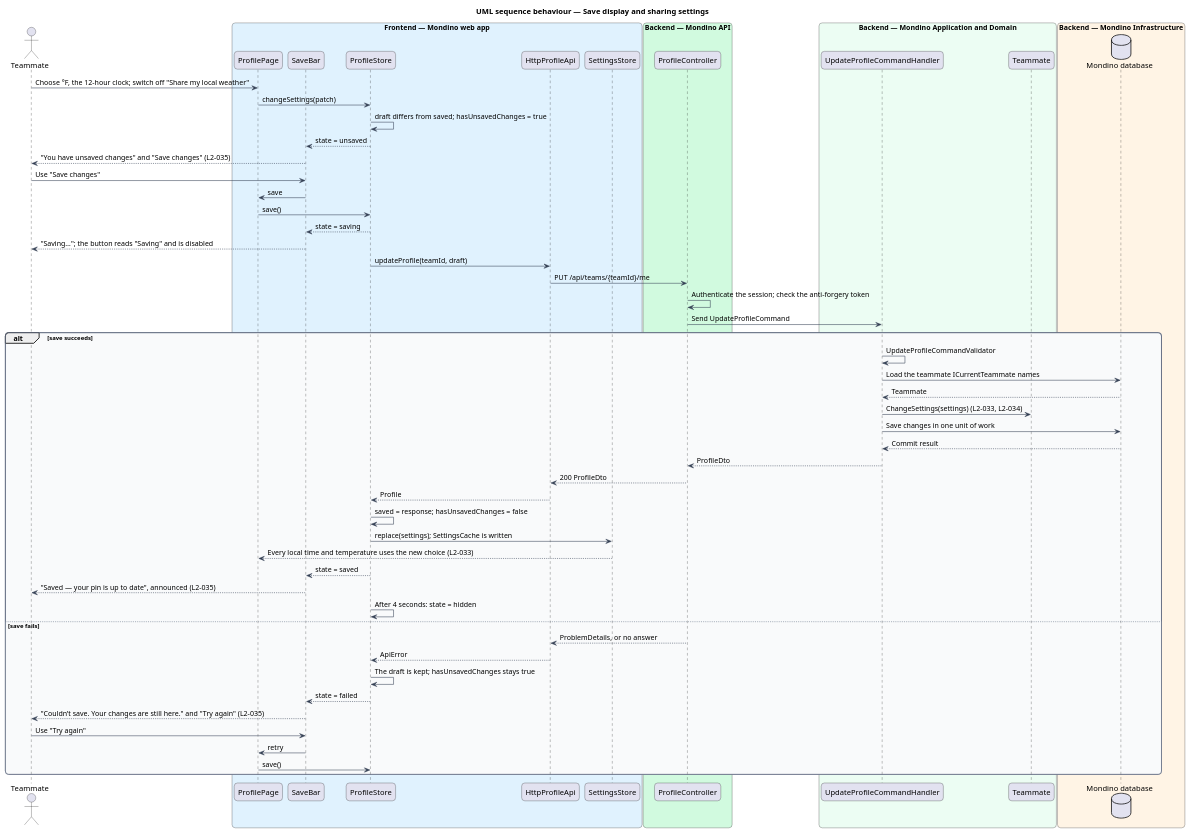
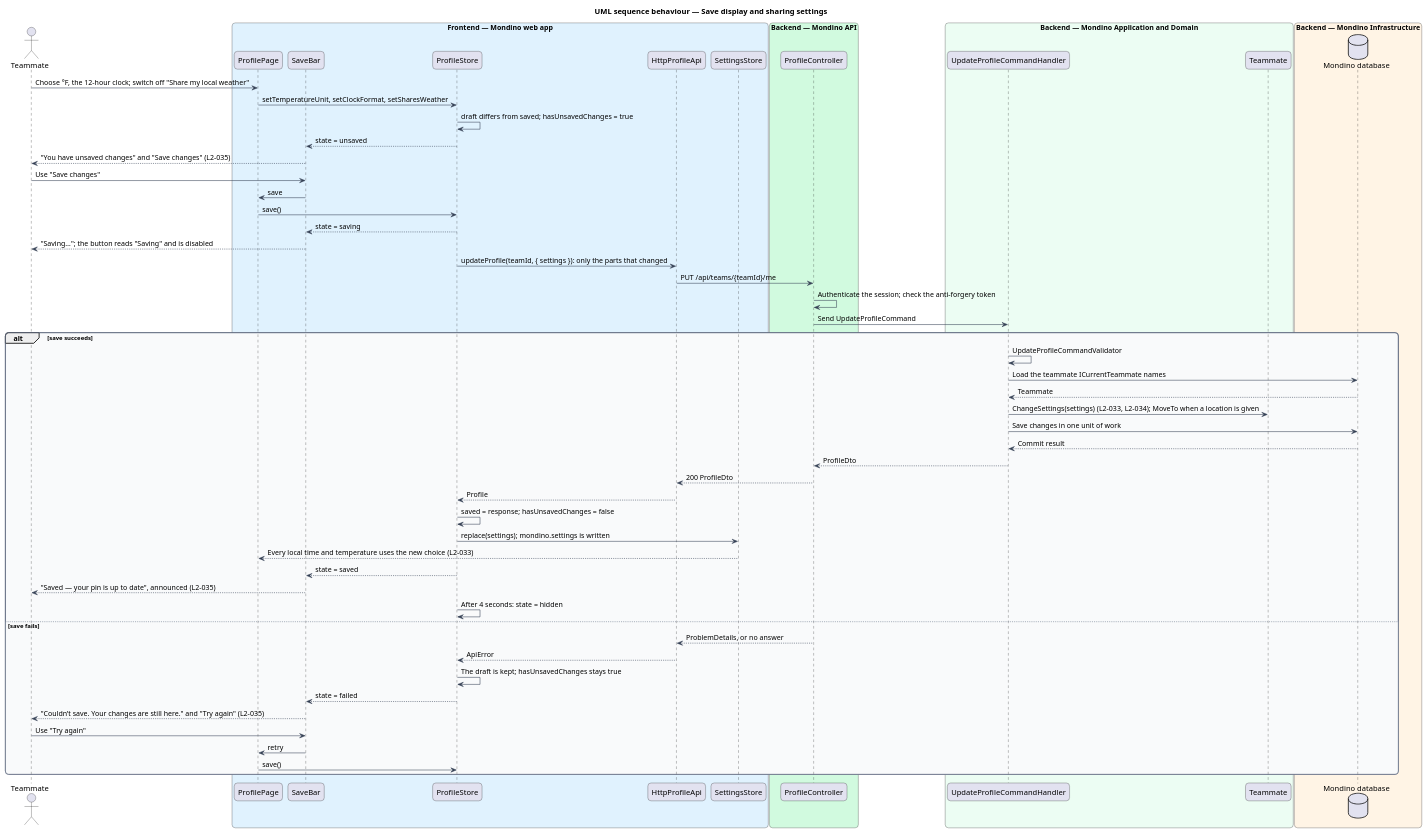
One commit to QuinntyneBrown/Mondino changed the diagram in docs/detailed-designs/profile/choose-display-and-sharing/diagrams/sequence-save-settings.puml. Above: the diagram before and after it, drawn with PlantUML. The commit also changed 13 other files, not shown here.

```diff
--- a/docs/detailed-designs/profile/choose-display-and-sharing/diagrams/sequence-save-settings.puml
+++ b/docs/detailed-designs/profile/choose-display-and-sharing/diagrams/sequence-save-settings.puml
@@ -1,75 +1,75 @@
 @startuml
 title UML sequence behaviour — Save display and sharing settings
 skinparam backgroundColor #FFFFFF
 skinparam shadowing false
 skinparam roundcorner 12
 skinparam defaultFontName Arial
 skinparam ArrowColor #344054
 skinparam rectangle {
   BorderColor #344054
   FontColor #101828
 }
 skinparam package {
   BorderColor #667085
   FontColor #101828
   BackgroundColor #F9FAFB
 }
 actor "Teammate" as actor
 box "Frontend — Mondino web app" #E0F2FE
   participant "ProfilePage" as page
   participant "SaveBar" as bar
   participant "ProfileStore" as store
   participant "HttpProfileApi" as client
   participant "SettingsStore" as settings
 end box
 box "Backend — Mondino API" #D1FADF
   participant "ProfileController" as controller
 end box
 box "Backend — Mondino Application and Domain" #ECFDF3
   participant "UpdateProfileCommandHandler" as handler
   participant "Teammate" as entity
 end box
 box "Backend — Mondino Infrastructure" #FFF4E5
   database "Mondino database" as db
 end box
 actor -> page : Choose °F, the 12-hour clock; switch off "Share my local weather"
-page -> store : changeSettings(patch)
+page -> store : setTemperatureUnit, setClockFormat, setSharesWeather
 store -> store : draft differs from saved; hasUnsavedChanges = true
 store --> bar : state = unsaved
 bar --> actor : "You have unsaved changes" and "Save changes" (L2-035)
 actor -> bar : Use "Save changes"
 bar -> page : save
 page -> store : save()
 store --> bar : state = saving
 bar --> actor : "Saving…"; the button reads "Saving" and is disabled
-store -> client : updateProfile(teamId, draft)
+store -> client : updateProfile(teamId, { settings }): only the parts that changed
 client -> controller : PUT /api/teams/{teamId}/me
 controller -> controller : Authenticate the session; check the anti-forgery token
 controller -> handler : Send UpdateProfileCommand
 alt save succeeds
   handler -> handler : UpdateProfileCommandValidator
   handler -> db : Load the teammate ICurrentTeammate names
   db --> handler : Teammate
-  handler -> entity : ChangeSettings(settings) (L2-033, L2-034)
+  handler -> entity : ChangeSettings(settings) (L2-033, L2-034); MoveTo when a location is given
   handler -> db : Save changes in one unit of work
   db --> handler : Commit result
   handler --> controller : ProfileDto
   controller --> client : 200 ProfileDto
   client --> store : Profile
   store -> store : saved = response; hasUnsavedChanges = false
-  store -> settings : replace(settings); SettingsCache is written
+  store -> settings : replace(settings); mondino.settings is written
   settings --> page : Every local time and temperature uses the new choice (L2-033)
   store --> bar : state = saved
   bar --> actor : "Saved — your pin is up to date", announced (L2-035)
   store -> store : After 4 seconds: state = hidden
 else save fails
   controller --> client : ProblemDetails, or no answer
   client --> store : ApiError
   store -> store : The draft is kept; hasUnsavedChanges stays true
   store --> bar : state = failed
   bar --> actor : "Couldn’t save. Your changes are still here." and "Try again" (L2-035)
   actor -> bar : Use "Try again"
   bar -> page : retry
   page -> store : save()
 end
 @enduml
```
